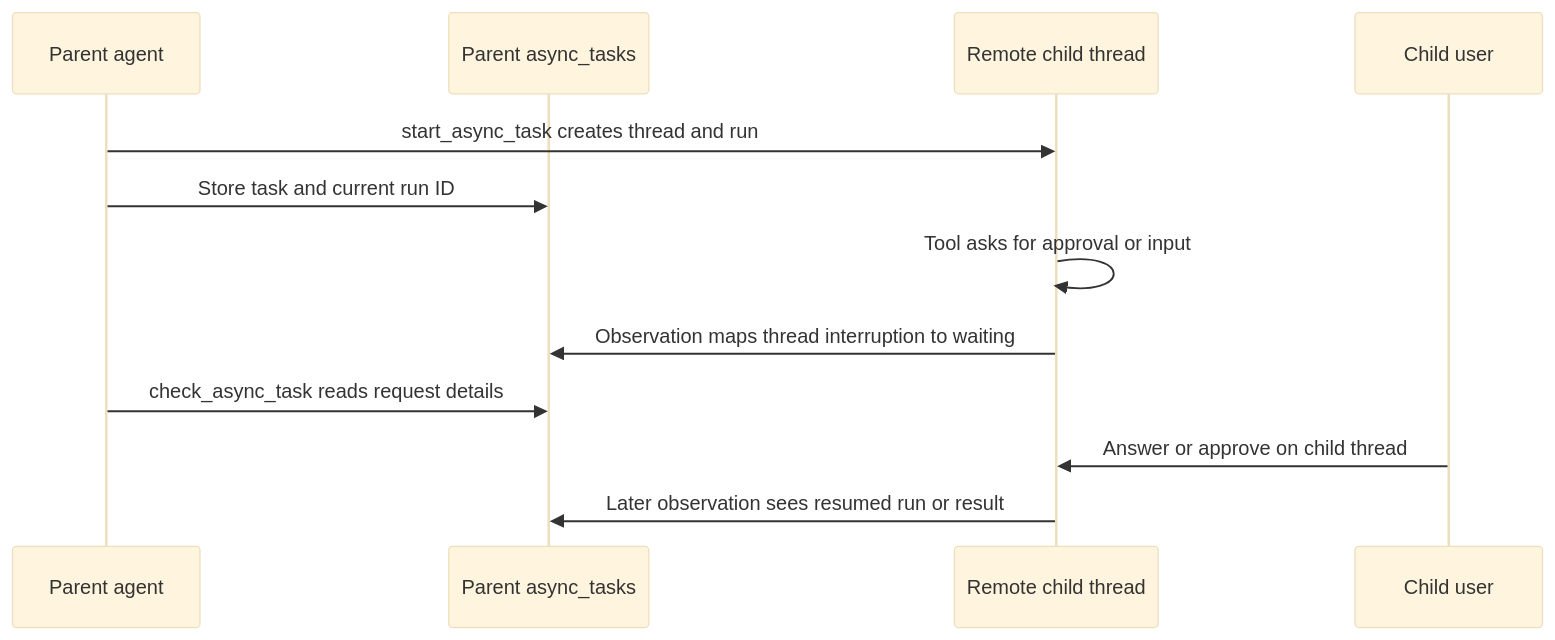
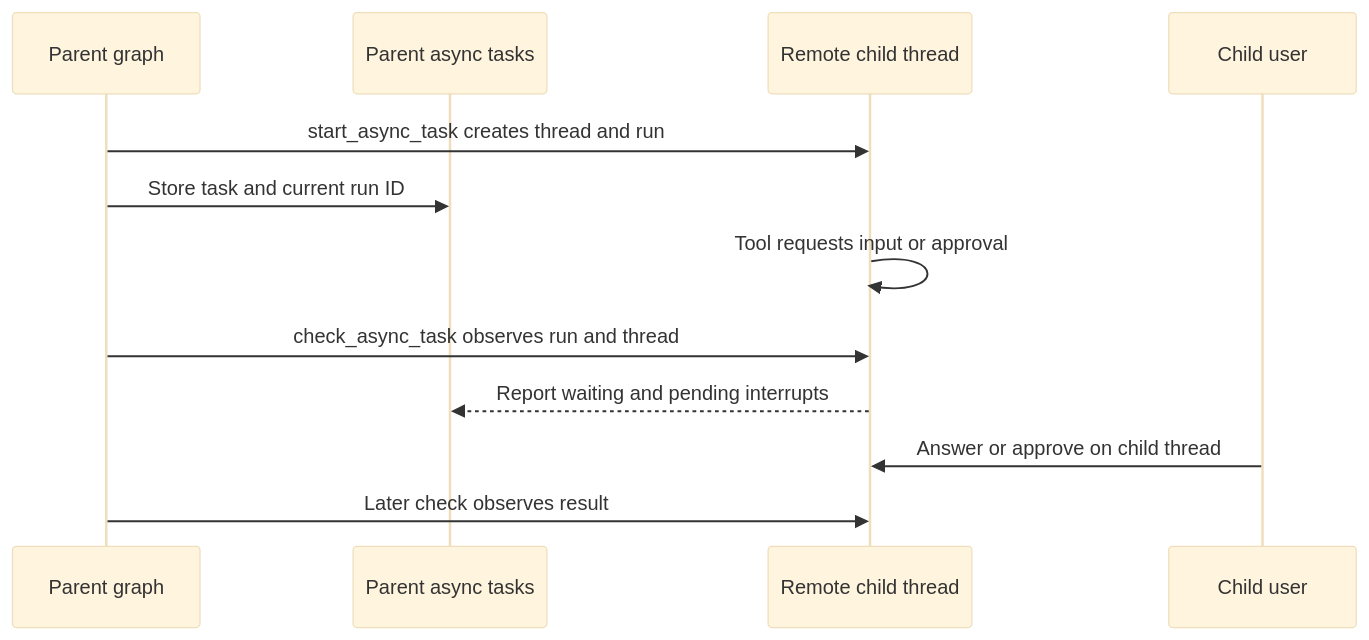
The second of 2 diagrams in openwiki/concepts/permissions-hitl.md (langchain-ai/deepagents), drawn with Mermaid (base theme) before and after one commit. The commit also changed other lines of this file and 69 other files, not shown here.

````diff
--- a/openwiki/concepts/permissions-hitl.md
+++ b/openwiki/concepts/permissions-hitl.md
@@ -73,14 +81,14 @@
 ```mermaid
 sequenceDiagram
-    participant Parent as Parent agent
-    participant Tasks as Parent async_tasks
+    participant Parent as Parent graph
+    participant Registry as Parent async tasks
     participant Child as Remote child thread
-    participant Human as Child user
+    participant User as Child user
     Parent->>Child: start_async_task creates thread and run
-    Parent->>Tasks: Store task and current run ID
-    Child->>Child: Tool asks for approval or input
-    Child->>Tasks: Observation maps thread interruption to waiting
-    Parent->>Tasks: check_async_task reads request details
-    Human->>Child: Answer or approve on child thread
-    Child->>Tasks: Later observation sees resumed run or result
+    Parent->>Registry: Store task and current run ID
+    Child->>Child: Tool requests input or approval
+    Parent->>Child: check_async_task observes run and thread
+    Child-->>Registry: Report waiting and pending interrupts
+    User->>Child: Answer or approve on child thread
+    Parent->>Child: Later check observes result
 ```
````
